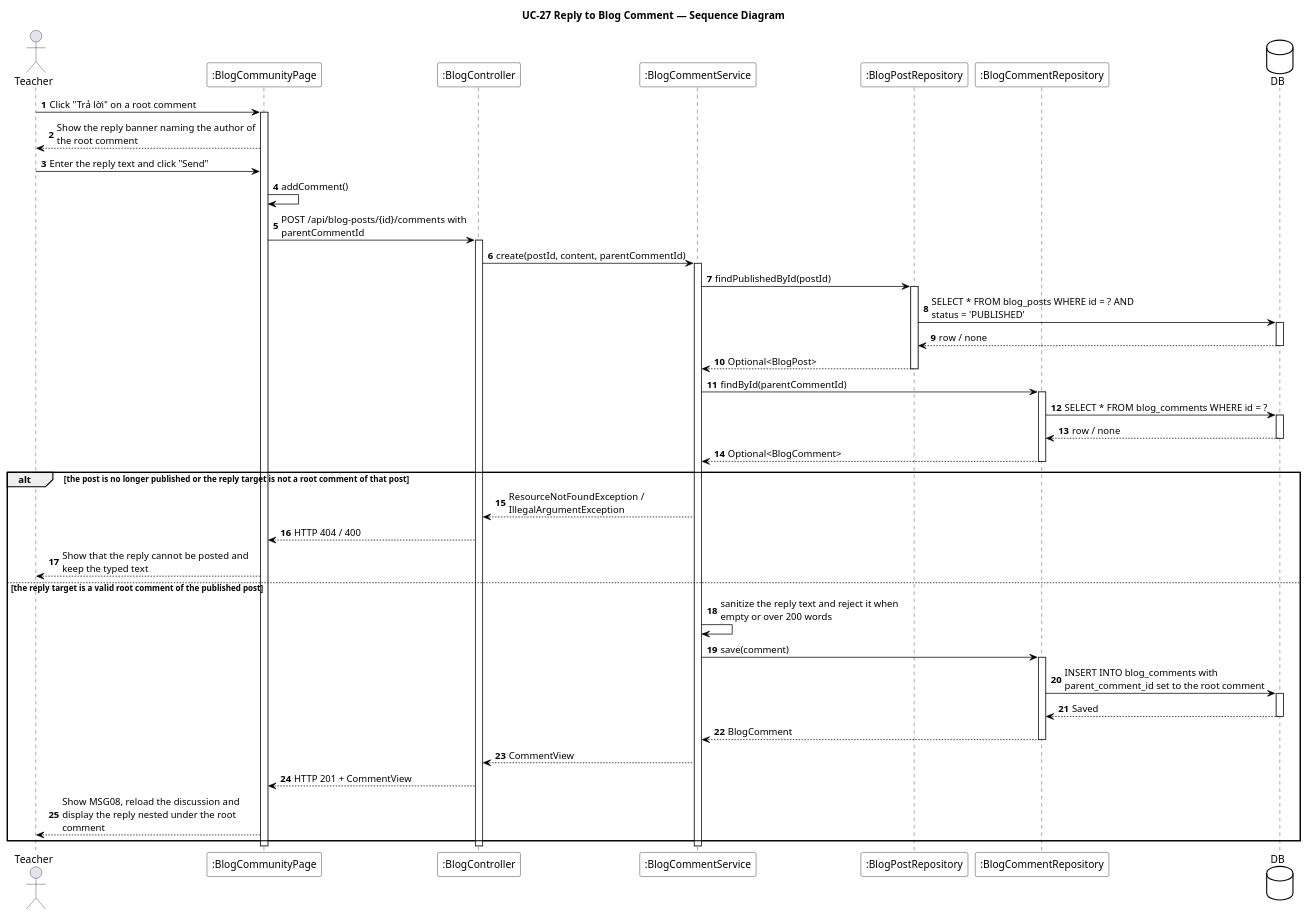
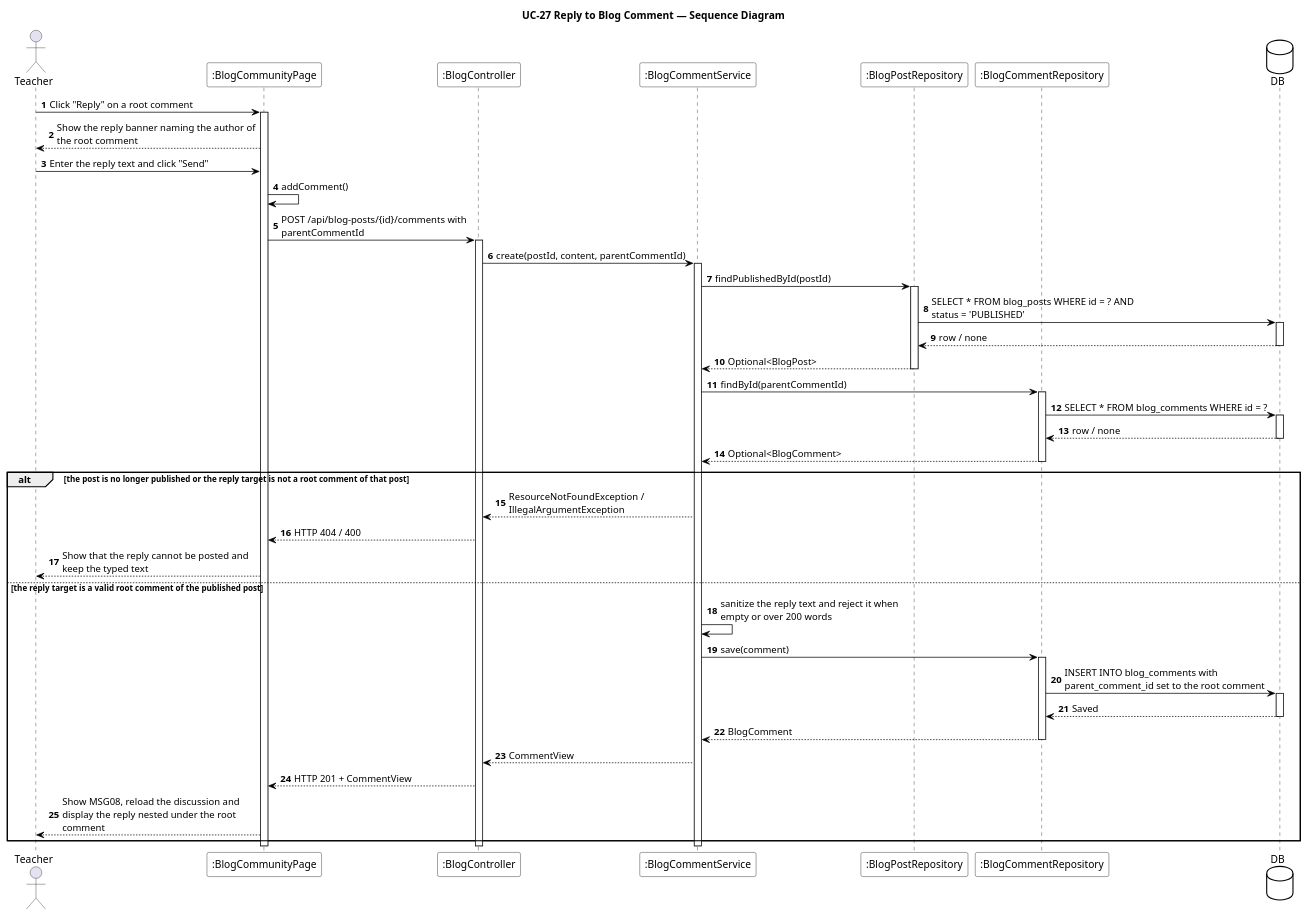
One commit to EduA-system/EduA-system changed the diagram in designs/sds-diagrams/uc27/uc27_sequence.puml. Above: the diagram before and after it, drawn with PlantUML. The commit also changed 482 other files, not shown here.

Commit message:
hình class diagram mới

```diff
--- a/designs/sds-diagrams/uc27/uc27_sequence.puml
+++ b/designs/sds-diagrams/uc27/uc27_sequence.puml
@@ -1,73 +1,73 @@
 @startuml UC-27 Reply to Blog Comment - Sequence Diagram
 skinparam defaultFontName "Segoe UI"
 skinparam shadowing false
 skinparam ParticipantBackgroundColor #FFFFFF
 skinparam ParticipantBorderColor #000000
 skinparam DatabaseBackgroundColor #FFFFFF
 skinparam DatabaseBorderColor #000000
 skinparam ArrowColor #000000
 skinparam sequenceMessageAlign left
 skinparam maxMessageSize 280
 title UC-27 Reply to Blog Comment — Sequence Diagram
 
 actor Teacher
 participant ":BlogCommunityPage" as UI
 participant ":BlogController" as CTL
 participant ":BlogCommentService" as SVC
 participant ":BlogPostRepository" as PREPO
 participant ":BlogCommentRepository" as CREPO
 database DB
 
 autonumber
-Teacher -> UI : Click "Trả lời" on a root comment
+Teacher -> UI : Click "Reply" on a root comment
 activate UI
 UI --> Teacher : Show the reply banner naming the author of the root comment
 Teacher -> UI : Enter the reply text and click "Send"
 UI -> UI : addComment()
 UI -> CTL : POST /api/blog-posts/{id}/comments with parentCommentId
 activate CTL
 CTL -> SVC : create(postId, content, parentCommentId)
 activate SVC
 
 SVC -> PREPO : findPublishedById(postId)
 activate PREPO
 PREPO -> DB : SELECT * FROM blog_posts WHERE id = ? AND status = 'PUBLISHED'
 activate DB
 DB --> PREPO : row / none
 deactivate DB
 PREPO --> SVC : Optional<BlogPost>
 deactivate PREPO
 
 SVC -> CREPO : findById(parentCommentId)
 activate CREPO
 CREPO -> DB : SELECT * FROM blog_comments WHERE id = ?
 activate DB
 DB --> CREPO : row / none
 deactivate DB
 CREPO --> SVC : Optional<BlogComment>
 deactivate CREPO
 
 alt the post is no longer published or the reply target is not a root comment of that post
   SVC --> CTL : ResourceNotFoundException / IllegalArgumentException
   CTL --> UI : HTTP 404 / 400
   UI --> Teacher : Show that the reply cannot be posted and keep the typed text
 
 else the reply target is a valid root comment of the published post
   SVC -> SVC : sanitize the reply text and reject it when empty or over 200 words
   SVC -> CREPO : save(comment)
   activate CREPO
   CREPO -> DB : INSERT INTO blog_comments with parent_comment_id set to the root comment
   activate DB
   DB --> CREPO : Saved
   deactivate DB
   CREPO --> SVC : BlogComment
   deactivate CREPO
   SVC --> CTL : CommentView
   CTL --> UI : HTTP 201 + CommentView
   UI --> Teacher : Show MSG08, reload the discussion and display the reply nested under the root comment
 end
 
 deactivate SVC
 deactivate CTL
 deactivate UI
 @enduml
```
